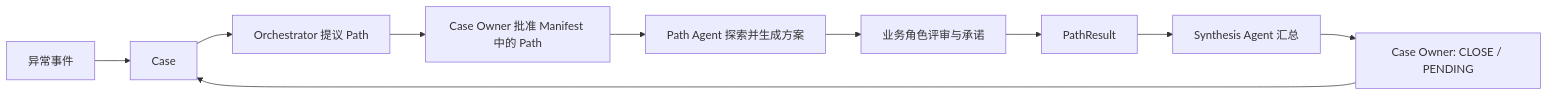
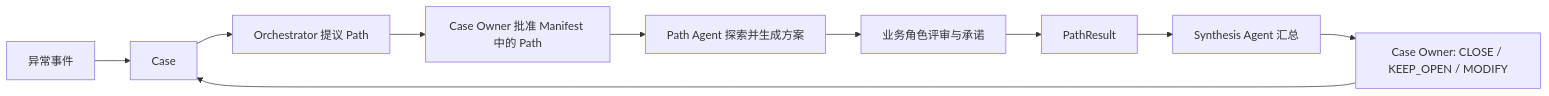
Before and after one commit to sin3000x/agentic-cm: the first of 2 diagrams in docs/01-product-architecture.md, drawn with Mermaid. The commit also changed 27 other files, not shown here.

First line of the commit message:
refactor: Simplify capability schema and drop PENDING case status

````diff
--- a/docs/01-product-architecture.md
+++ b/docs/01-product-architecture.md
@@ -27,12 +27,12 @@
 ```mermaid
 flowchart LR
     E["异常事件"] --> C["Case"]
     C --> O["Orchestrator 提议 Path"]
     O --> M["Case Owner 批准 Manifest 中的 Path"]
     M --> P["Path Agent 探索并生成方案"]
     P --> H["业务角色评审与承诺"]
     H --> R["PathResult"]
     R --> S["Synthesis Agent 汇总"]
-    S --> D["Case Owner: CLOSE / PENDING"]
+    S --> D["Case Owner: CLOSE / KEEP_OPEN / MODIFY"]
     D --> C
 ```
````
